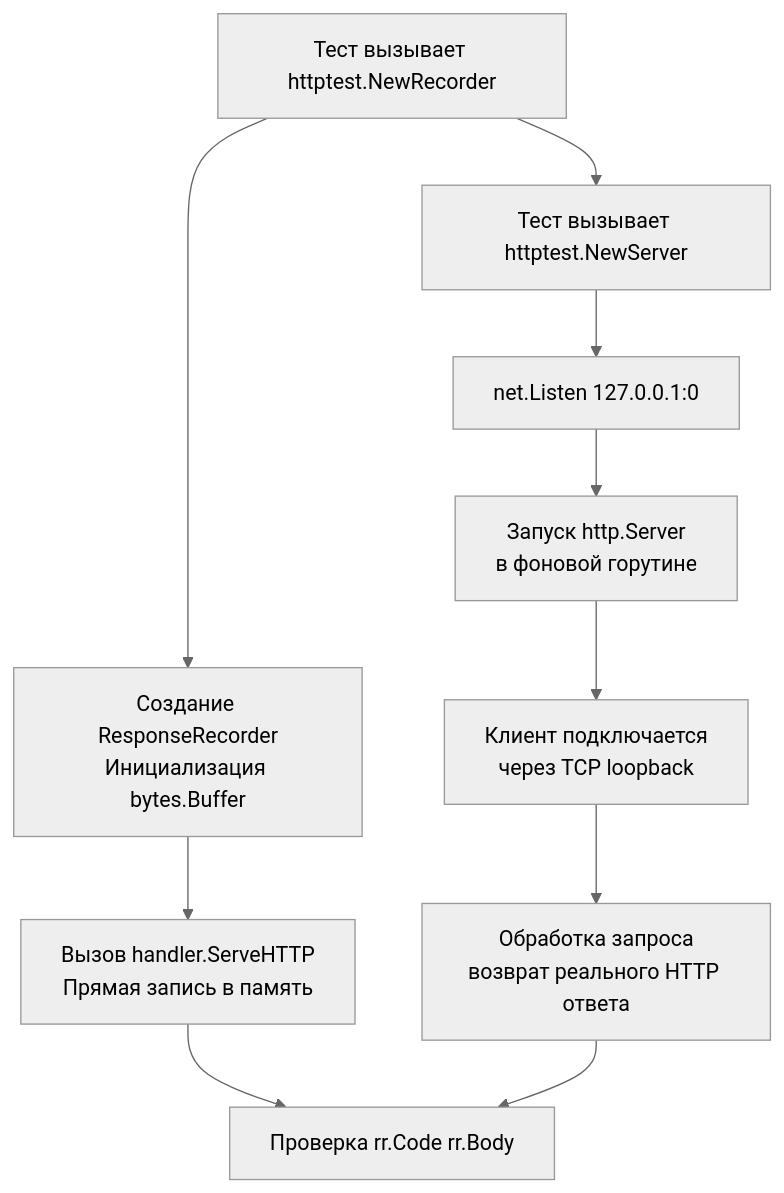
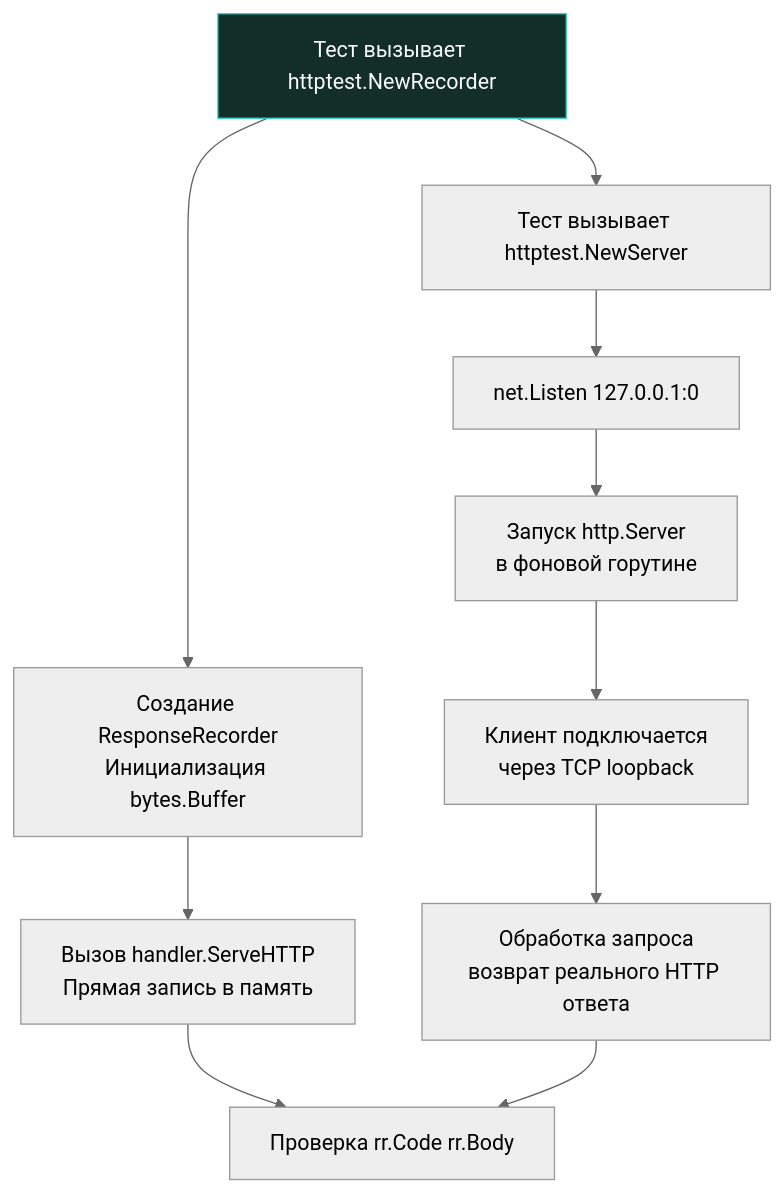
One commit to UnrealTemplier/go-textbook changed the diagram in sources/6. Стандартная библиотека Go/35. httptest. Тестирование HTTP-сервисов.md. Above: the diagram before and after it, drawn with Mermaid (neutral theme). The commit also changed 1666 other files, not shown here.

First line of the commit message:
feat(mermaid): add semantic color classDef to 1369 colorless flowchart/graph diagrams

````diff
--- a/sources/6. Стандартная библиотека Go/35. httptest. Тестирование HTTP-сервисов.md
+++ b/sources/6. Стандартная библиотека Go/35. httptest. Тестирование HTTP-сервисов.md
@@ -40,12 +40,22 @@
 ```mermaid
 flowchart TD
-    A["Тест вызывает httptest.NewRecorder"] --> B["Создание ResponseRecorder<br>Инициализация bytes.Buffer"]
+    classDef process  fill:#1e293b,stroke:#38bdf8,stroke-width:1px,color:#f8fafc
+    classDef success  fill:#064e3b,stroke:#34d399,stroke-width:1px,color:#f8fafc
+    classDef error    fill:#7f1d1d,stroke:#f87171,stroke-width:1px,color:#f8fafc
+    classDef warning  fill:#78350f,stroke:#fbbf24,stroke-width:1px,color:#f8fafc
+    classDef entry    fill:#1e3a5f,stroke:#38bdf8,stroke-width:2px,color:#f8fafc
+    classDef aux      fill:#334155,stroke:#64748b,stroke-width:1px,color:#f8fafc
+    classDef system   fill:#312e81,stroke:#a78bfa,stroke-width:1px,color:#f8fafc
+    classDef data     fill:#132d29,stroke:#2dd4bf,stroke-width:1px,color:#f8fafc
+    classDef network  fill:#881337,stroke:#fb7185,stroke-width:1px,color:#f8fafc
+    classDef accent   fill:#1e1b4b,stroke:#818cf8,stroke-width:1px,color:#f8fafc
+    A["Тест вызывает httptest.NewRecorder"]:::data --> B["Создание ResponseRecorder<br>Инициализация bytes.Buffer"]
     A --> C["Тест вызывает httptest.NewServer"]
     C --> D["net.Listen 127.0.0.1:0"]
     D --> E["Запуск http.Server<br>в фоновой горутине"]
     B --> F["Вызов handler.ServeHTTP<br>Прямая запись в память"]
     E --> G["Клиент подключается<br>через TCP loopback"]
     F --> H["Проверка rr.Code rr.Body"]
     G --> I["Обработка запроса<br>возврат реального HTTP ответа"]
     I --> H
 ```
````
